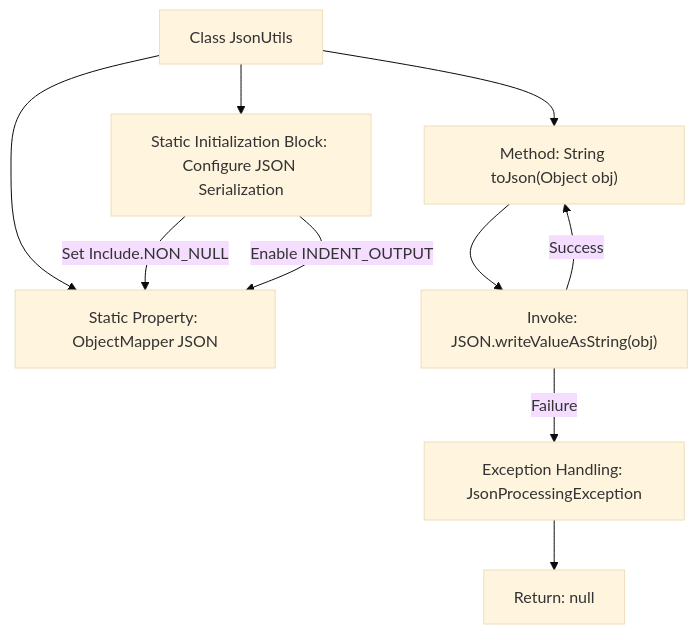
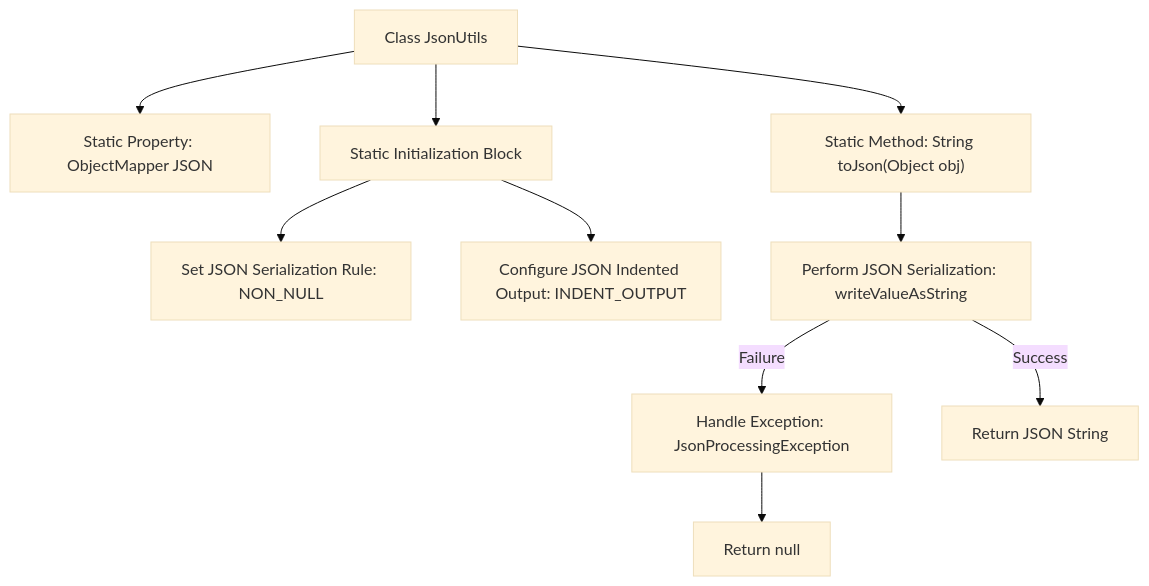
Before and after one commit to v-wjrong/binary_weixin-java-miniapp-demo: the second of 2 diagrams in docs/en/docs/src/main/java/com/github/binarywang/demo/wx/miniapp/utils/JsonUtils.md, drawn with Mermaid (base theme). The commit also changed other lines of this file and 50 other files, not shown here.

````diff
--- a/docs/en/docs/src/main/java/com/github/binarywang/demo/wx/miniapp/utils/JsonUtils.md
+++ b/docs/en/docs/src/main/java/com/github/binarywang/demo/wx/miniapp/utils/JsonUtils.md
@@ -73,20 +62,22 @@
 ```mermaid
 graph TD
     A["Class JsonUtils"]
     B["Static Property: ObjectMapper JSON"]
-    C["Static Initialization Block: Configure JSON Serialization"]
-    D["Method: String toJson(Object obj)"]
-    E["Invoke: JSON.writeValueAsString(obj)"]
-    F["Exception Handling: JsonProcessingException"]
-    G["Return: null"]
+    C["Static Initialization Block"]
+    D["Set JSON Serialization Rule: NON_NULL"]
+    E["Configure JSON Indented Output: INDENT_OUTPUT"]
+    F["Static Method: String toJson(Object obj)"]
+    G["Perform JSON Serialization: writeValueAsString"]
+    H["Handle Exception: JsonProcessingException"]
+    I["Return null"]
 
     A --> B
     A --> C
-    A --> D
-    D --> E
-    E -->|Success| D
-    E -->|Failure| F
+    C --> D
+    C --> E
+    A --> F
     F --> G
-    C -->|"Set Include.NON_NULL"| B
-    C -->|"Enable INDENT_OUTPUT"| B
+    G -->|Success| J["Return JSON String"]
+    G -->|Failure| H
+    H --> I
 ```
````
